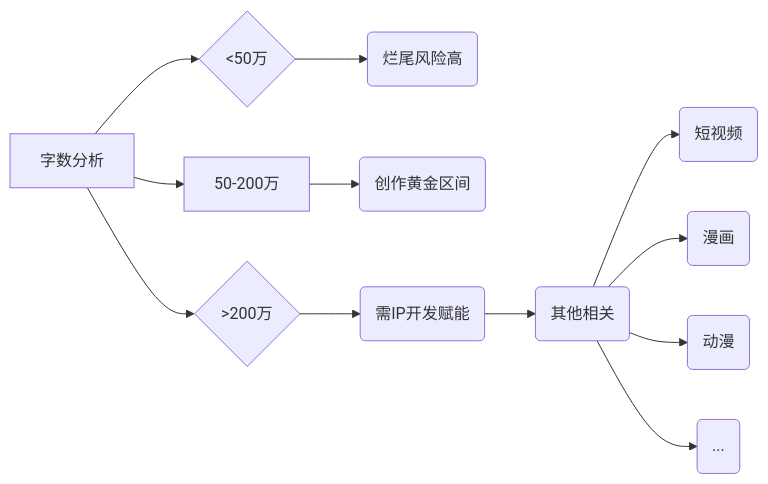
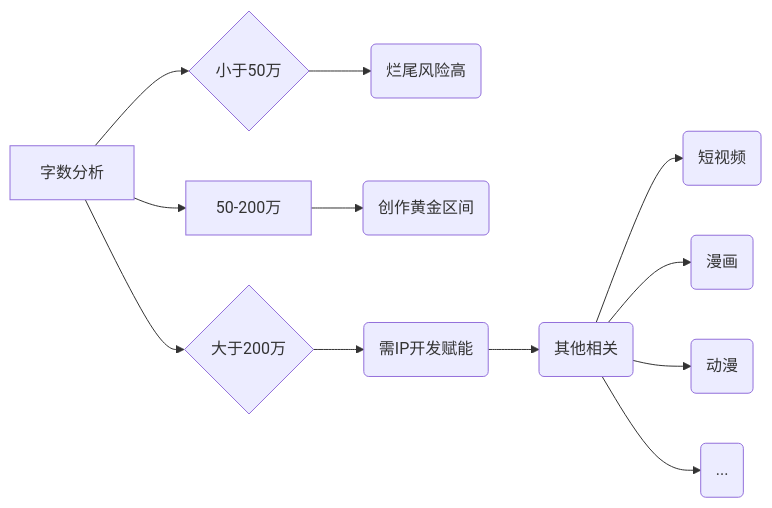
One commit to Themilkyway01/qimao-novels-analysis changed the second of 2 diagrams in README.md. Above: the diagram before and after it, drawn with Mermaid. The commit also changed other lines of this file, not shown here.

````diff
--- a/README.md
+++ b/README.md
@@ -110,14 +104,14 @@
 ```mermaid
 graph LR
-  A[字数分析] --> B{<50万}
+  A[字数分析] --> B{小于50万}
   A --> C[50-200万]
-  A --> D{>200万}
+  A --> D{大于200万}
   B --> E(烂尾风险高)
   C --> F(创作黄金区间)
   D --> G(需IP开发赋能)
   G --> H(其他相关)
   H --> I(短视频)
   H --> J(漫画)
   H --> K(动漫)
   H --> L(...)
 ```
````
